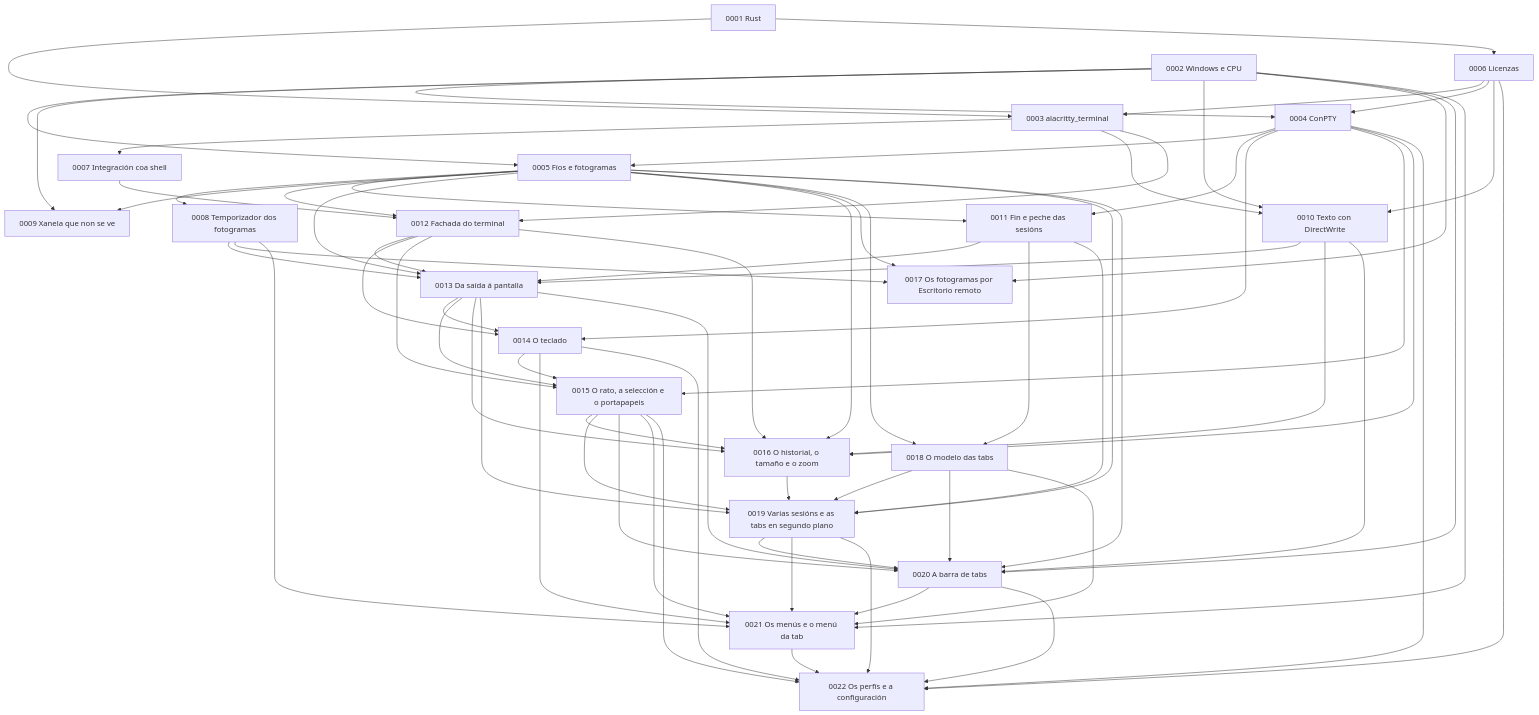
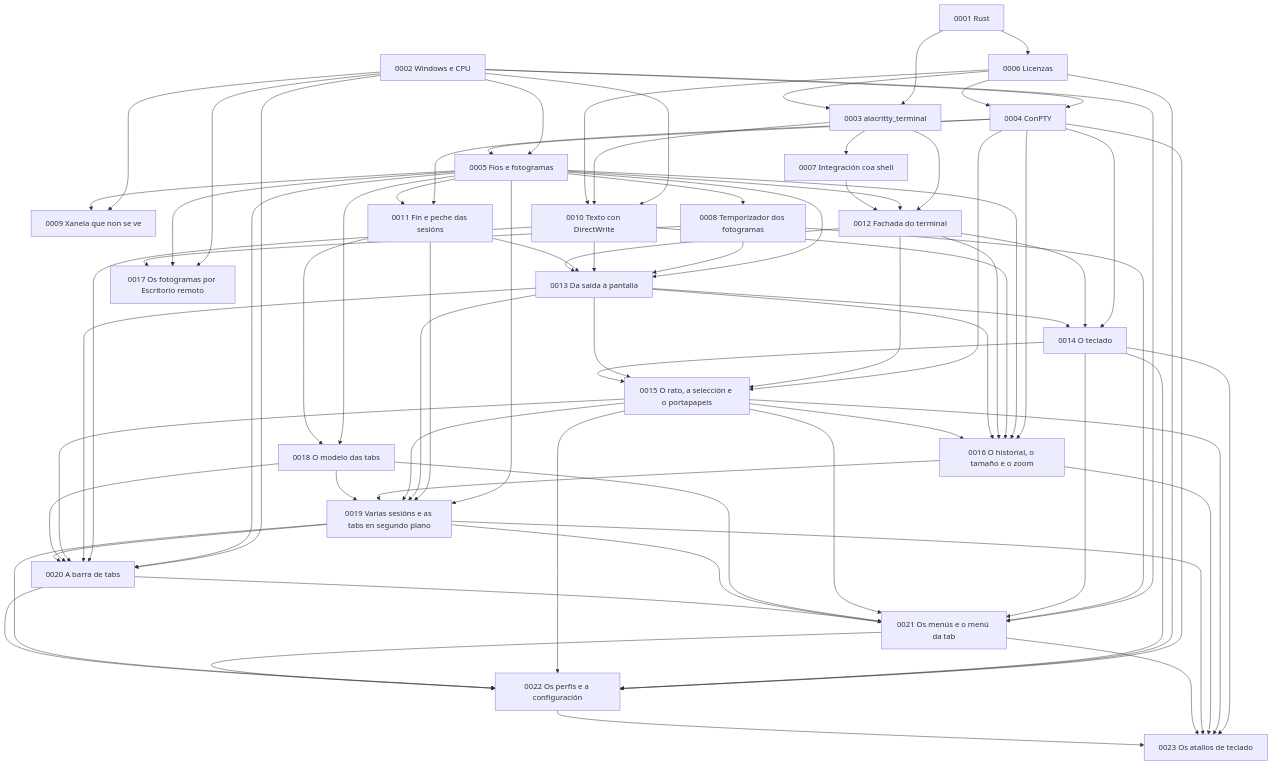
The diagram in docs/adr/README.md (NewHouses/meiga), drawn with Mermaid before and after one commit. The commit also changed other lines of this file and 27 other files, not shown here.

````diff
--- a/docs/adr/README.md
+++ b/docs/adr/README.md
@@ -43,72 +44,78 @@
 ```mermaid
 graph TD
     A1["0001 Rust"] --> A3["0003 alacritty_terminal"]
     A1 --> A6["0006 Licenzas"]
     A2["0002 Windows e CPU"] --> A4["0004 ConPTY"]
     A2 --> A5["0005 Fíos e fotogramas"]
     A2 --> A9["0009 Xanela que non se ve"]
     A2 --> A10["0010 Texto con DirectWrite"]
     A3 --> A7["0007 Integración coa shell"]
     A3 --> A10
     A3 --> A12["0012 Fachada do terminal"]
     A4 --> A5
     A4 --> A11["0011 Fin e peche das sesións"]
     A5 --> A8["0008 Temporizador dos fotogramas"]
     A5 --> A9
     A5 --> A11
     A5 --> A12
     A6 --> A3
     A6 --> A4
     A6 --> A10
     A7 --> A12
     A5 --> A13["0013 Da saída á pantalla"]
     A8 --> A13
     A10 --> A13
     A11 --> A13
     A12 --> A13
     A4 --> A14["0014 O teclado"]
     A12 --> A14
     A13 --> A14
     A4 --> A15["0015 O rato, a selección e o portapapeis"]
     A12 --> A15
     A13 --> A15
     A14 --> A15
     A4 --> A16["0016 O historial, o tamaño e o zoom"]
     A5 --> A16
     A10 --> A16
     A12 --> A16
     A13 --> A16
     A15 --> A16
     A2 --> A17["0017 Os fotogramas por Escritorio remoto"]
     A5 --> A17
     A8 --> A17
     A5 --> A18["0018 O modelo das tabs"]
     A11 --> A18
     A5 --> A19["0019 Varias sesións e as tabs en segundo plano"]
     A11 --> A19
     A13 --> A19
     A15 --> A19
     A16 --> A19
     A18 --> A19
     A2 --> A20["0020 A barra de tabs"]
     A5 --> A20
     A10 --> A20
     A13 --> A20
     A15 --> A20
     A18 --> A20
     A19 --> A20
     A2 --> A21["0021 Os menús e o menú da tab"]
     A8 --> A21
     A14 --> A21
     A15 --> A21
     A18 --> A21
     A19 --> A21
     A20 --> A21
     A4 --> A22["0022 Os perfís e a configuración"]
     A6 --> A22
     A14 --> A22
     A15 --> A22
     A19 --> A22
     A20 --> A22
     A21 --> A22
+    A14 --> A23["0023 Os atallos de teclado"]
+    A15 --> A23
+    A16 --> A23
+    A19 --> A23
+    A21 --> A23
+    A22 --> A23
 ```
````
